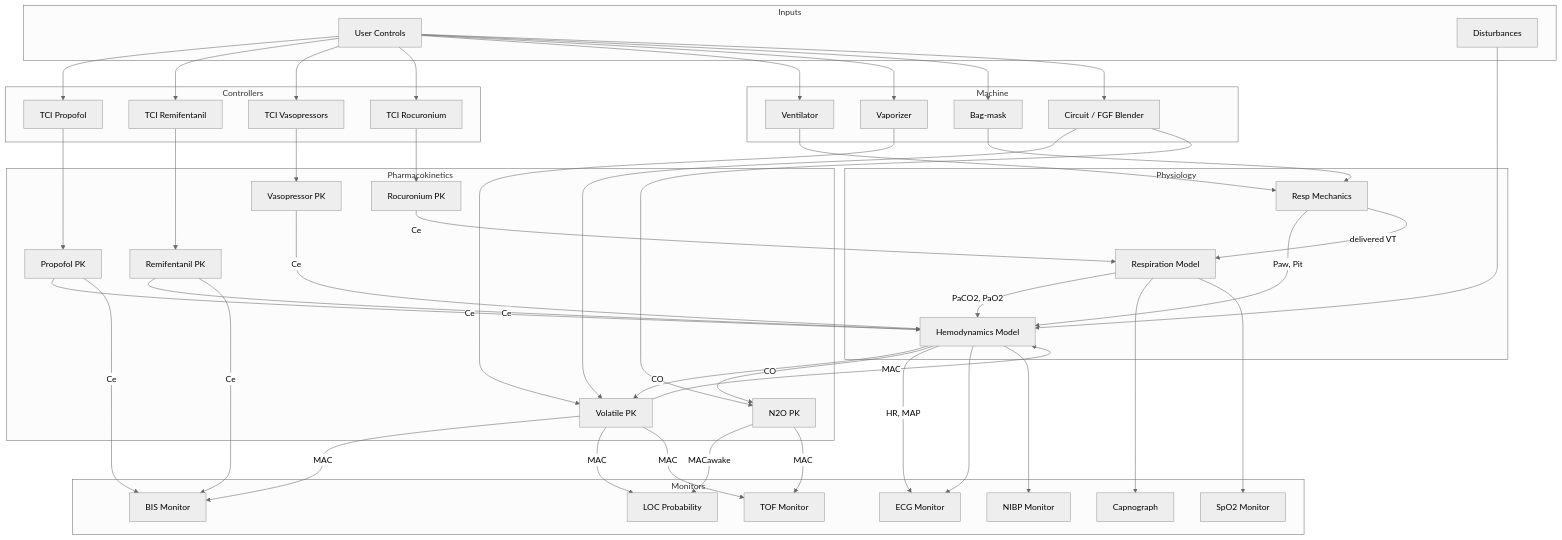
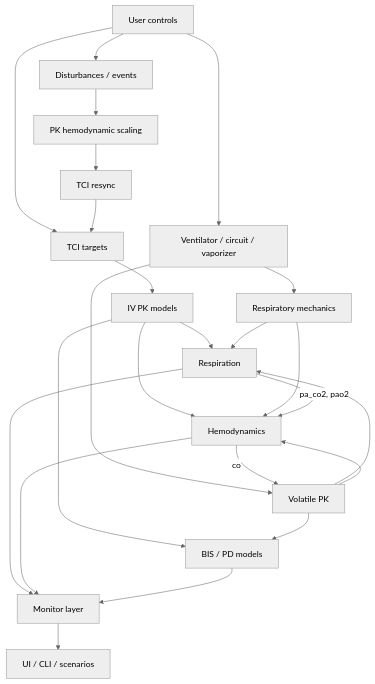
Before and after one commit to robchiral/AnaSim: the diagram in docs/DEPENDENCIES.md, drawn with Mermaid (neutral theme). The commit also changed other lines of this file and 23 other files, not shown here.

````diff
--- a/docs/DEPENDENCIES.md
+++ b/docs/DEPENDENCIES.md
@@ -21,92 +33,31 @@
 ```mermaid
 flowchart TD
-    subgraph Inputs
-        USER[User Controls]
-        DIST[Disturbances]
-    end
+    USER[User controls] --> DIST[Disturbances / events]
+    USER --> TCI[TCI targets]
+    USER --> MACHINE[Ventilator / circuit / vaporizer]
 
-    subgraph Controllers
-        TCI_P[TCI Propofol]
-        TCI_R[TCI Remifentanil]
-        TCI_V[TCI Vasopressors]
-        TCI_NMBA[TCI Rocuronium]
-    end
+    DIST --> PKSCALE[PK hemodynamic scaling]
+    PKSCALE --> TCISYNC[TCI resync]
+    TCISYNC --> TCI
 
-    subgraph Machine
-        VAP[Vaporizer]
-        VENT[Ventilator]
-        BAG[Bag-mask]
-        CIRC[Circuit / FGF Blender]
-    end
+    TCI --> PKIV[IV PK models]
+    MACHINE --> PKVOL[Volatile PK]
+    MACHINE --> MECH[Respiratory mechanics]
 
-    subgraph PK["Pharmacokinetics"]
-        PK_PROP[Propofol PK]
-        PK_REMI[Remifentanil PK]
-        PK_ROC[Rocuronium PK]
-        PK_VASO[Vasopressor PK]
-        PK_SEVO[Volatile PK]
-        PK_N2O[N2O PK]
-    end
+    PKIV --> RESP[Respiration]
+    PKIV --> HEMO[Hemodynamics]
+    PKIV --> BIS[BIS / PD models]
+    PKVOL --> RESP
+    PKVOL --> HEMO
+    PKVOL --> BIS
 
-    subgraph Physiology
-        RESP[Respiration Model]
-        HEMO[Hemodynamics Model]
-        MECH[Resp Mechanics]
-    end
+    MECH --> RESP
+    MECH --> HEMO
+    RESP -->|pa_co2, pao2| HEMO
+    HEMO -->|co| PKVOL
 
-    subgraph Monitors
-        BIS[BIS Monitor]
-        ECG[ECG Monitor]
-        CAPNO[Capnograph]
-        SPO2[SpO2 Monitor]
-        NIBP[NIBP Monitor]
-        LOC[LOC Probability]
-        TOF[TOF Monitor]
-    end
-
-    %% User inputs
-    USER --> TCI_P & TCI_R & TCI_V & TCI_NMBA
-    USER --> VENT & VAP & BAG & CIRC
-    DIST --> HEMO
-
-    %% TCI to infusion
-    TCI_P --> PK_PROP
-    TCI_R --> PK_REMI
-    TCI_V --> PK_VASO
-    TCI_NMBA --> PK_ROC
-
-    %% Machine
-    VAP --> PK_SEVO
-    CIRC --> PK_SEVO
-    CIRC --> PK_N2O
-    VENT --> MECH
-    BAG --> MECH
-
-    %% PK outputs
-    PK_PROP -->|Ce| HEMO
-    PK_PROP -->|Ce| BIS
-    PK_REMI -->|Ce| HEMO
-    PK_REMI -->|Ce| BIS
-    PK_ROC -->|Ce| RESP
-    PK_VASO -->|Ce| HEMO
-    PK_SEVO -->|MAC| HEMO
-    PK_SEVO -->|MAC| BIS
-    PK_SEVO -->|MAC| LOC
-    PK_SEVO -->|MAC| TOF
-    PK_N2O -->|MACawake| LOC
-    PK_N2O -->|MAC| TOF
-
-    %% Physiology interactions
-    MECH -->|Paw, Pit| HEMO
-    MECH -->|delivered VT| RESP
-    RESP -->|PaCO2, PaO2| HEMO
-    HEMO -->|CO| PK_SEVO
-    HEMO -->|CO| PK_N2O
-    HEMO -->|HR, MAP| ECG
-
-    %% Monitor inputs
-    RESP --> CAPNO
-    RESP --> SPO2
-    HEMO --> ECG
-    HEMO --> NIBP
+    RESP --> MON[Monitor layer]
+    HEMO --> MON
+    BIS --> MON
+    MON --> UI[UI / CLI / scenarios]
 ```
````
